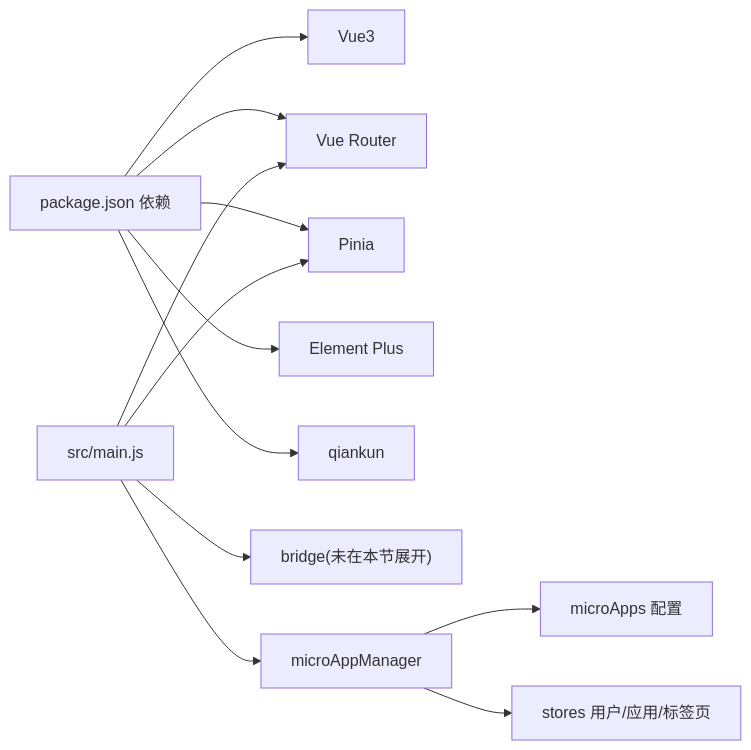
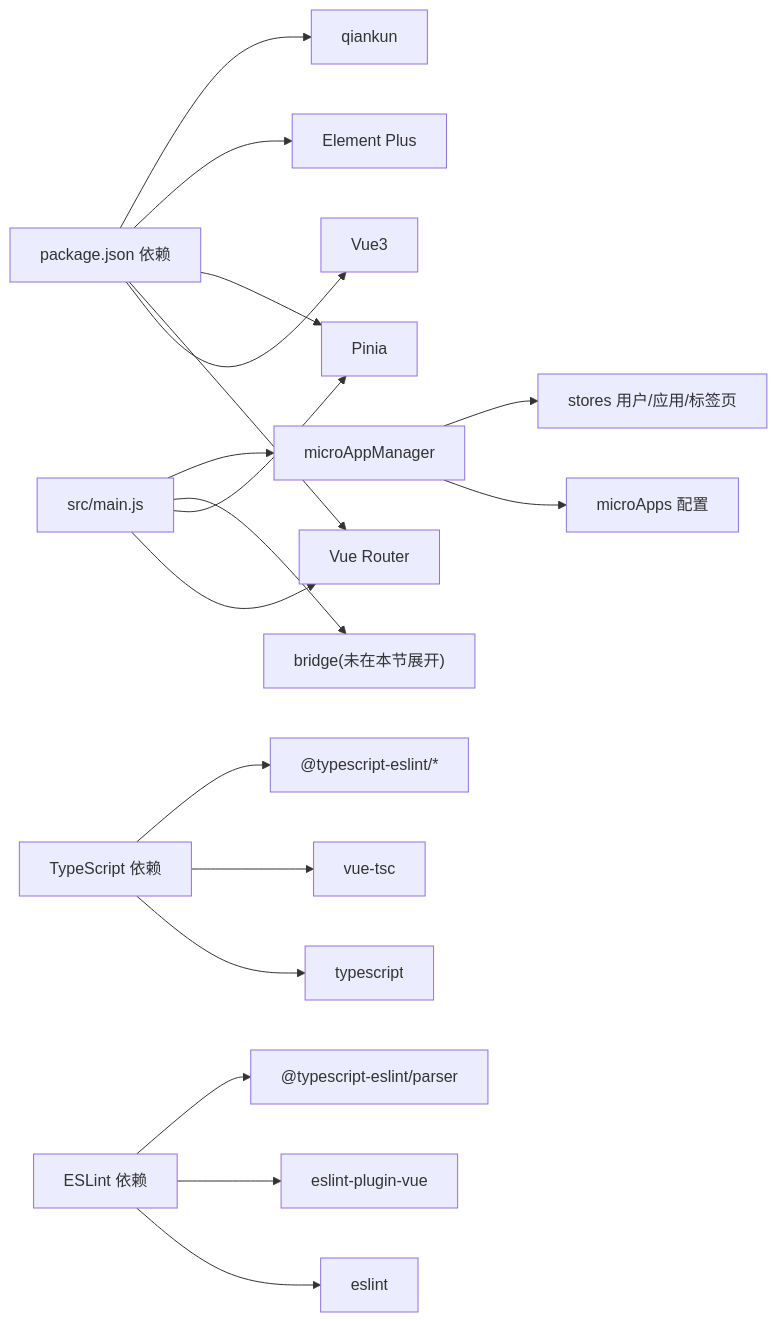
One commit to my-Sitara/artisan-base-frontend changed the fourth of 4 diagrams in .qoder/repowiki/zh/content/应用开发/主应用开发.md. Above: the diagram before and after it, drawn with Mermaid. The commit also changed other lines of this file and 35 other files, not shown here.

````diff
--- a/.qoder/repowiki/zh/content/应用开发/主应用开发.md
+++ b/.qoder/repowiki/zh/content/应用开发/主应用开发.md
@@ -230,14 +326,20 @@
 ```mermaid
 graph LR
 P["package.json 依赖"] --> V["Vue3"]
 P --> R["Vue Router"]
 P --> N["Pinia"]
 P --> E["Element Plus"]
 P --> K["qiankun"]
+T["TypeScript 依赖"] --> TS["typescript"]
+T --> VTS["vue-tsc"]
+T --> TES["@typescript-eslint/*"]
+L["ESLint 依赖"] --> ESL["eslint"]
+L --> ESLV["eslint-plugin-vue"]
+L --> ESP["@typescript-eslint/parser"]
 MJS["src/main.js"] --> R
 MJS --> N
 MJS --> BR["bridge(未在本节展开)"]
 MJS --> MM["microAppManager"]
 MM --> MA["microApps 配置"]
 MM --> ST["stores 用户/应用/标签页"]
 ```
````
